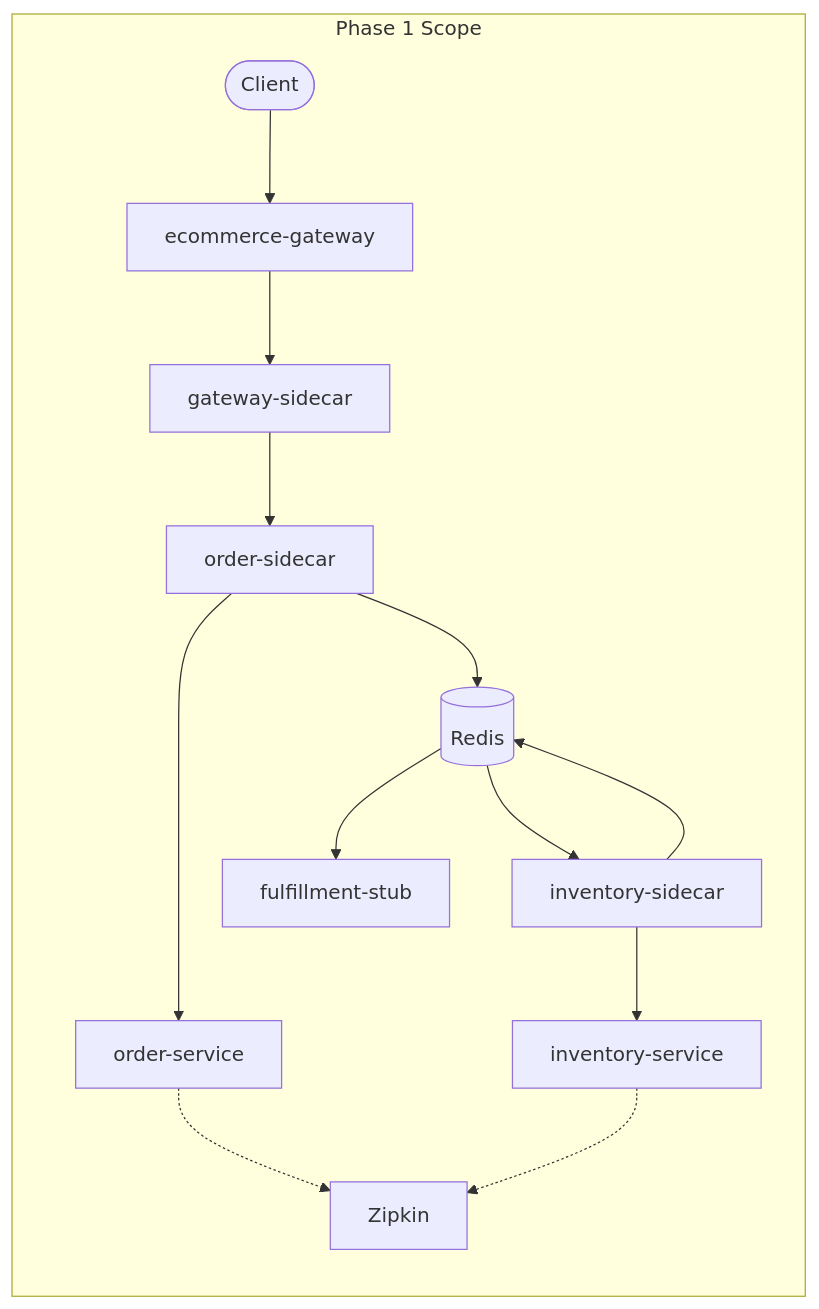
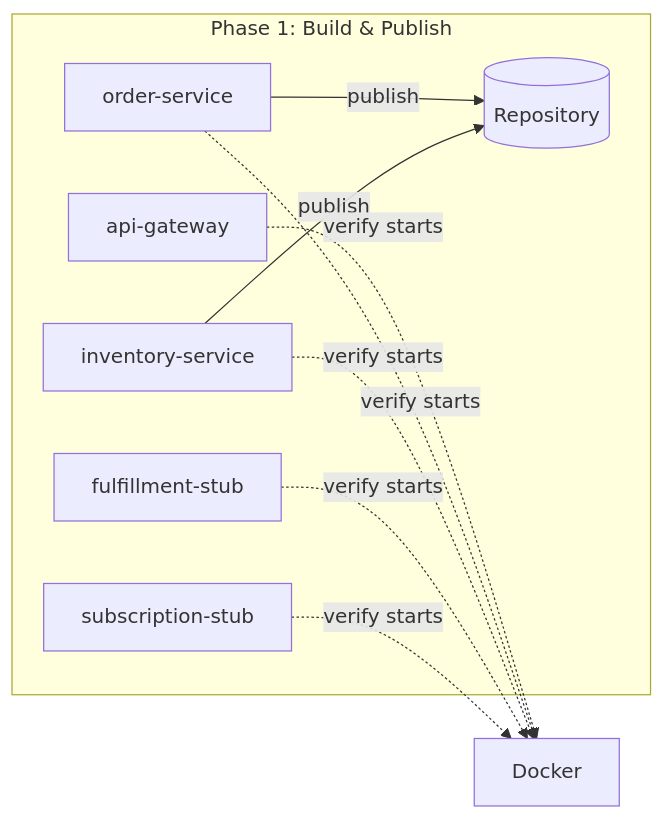
Before and after one commit to filozofira/spas: the fourth of 4 diagrams in examples/README.md, drawn with Mermaid. The commit also changed other lines of this file, not shown here.

Commit message:
FInalised phases.

````diff
--- a/examples/README.md
+++ b/examples/README.md
@@ -297,21 +296,19 @@
 ```mermaid
 flowchart LR
-    subgraph "Phase 1 Scope"
-        Client([Client])
-        GW[ecommerce-gateway]
-        GWS[gateway-sidecar]
-        OS[order-sidecar]
+    subgraph "Phase 1: Build & Publish"
+        GW[api-gateway]
         O[order-service]
-        IS[inventory-sidecar]
         I[inventory-service]
         FS[fulfillment-stub]
-        R[(Redis)]
-        Z[Zipkin]
+        SS[subscription-stub]
+        R[(Repository)]
     end
 
-    Client --> GW --> GWS --> OS --> O
-    OS --> R --> IS --> I
-    IS --> R --> FS
-    O -.-> Z
-    I -.-> Z
+    O -->|publish| R
+    I -->|publish| R
+    GW -.->|verify starts| Docker
+    O -.->|verify starts| Docker
+    I -.->|verify starts| Docker
+    FS -.->|verify starts| Docker
+    SS -.->|verify starts| Docker
 ```
````
